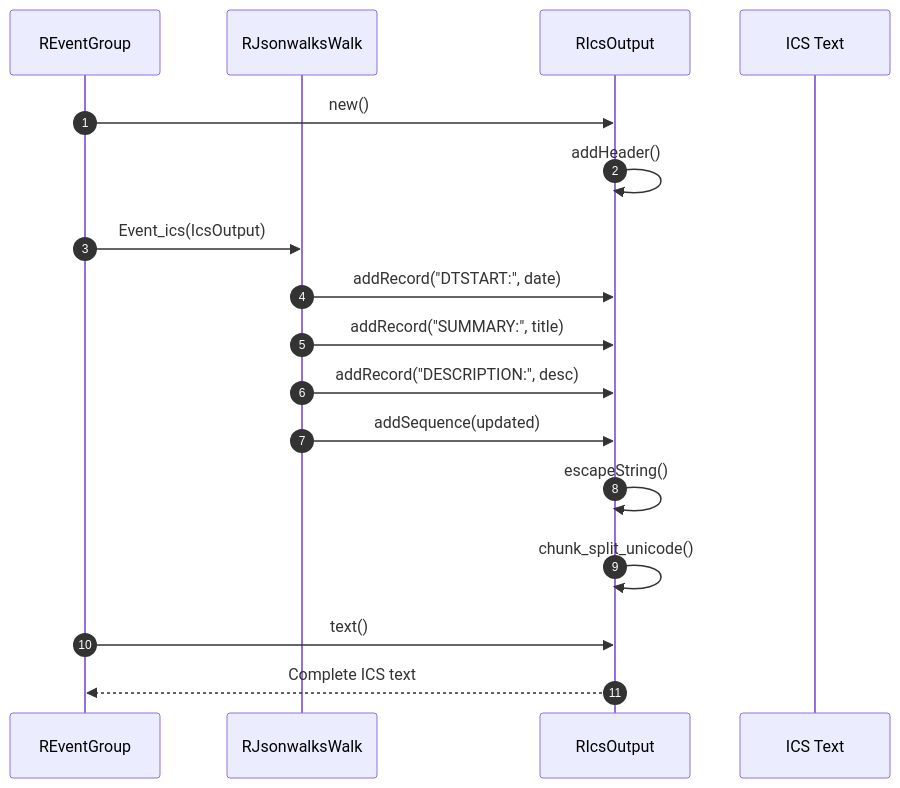
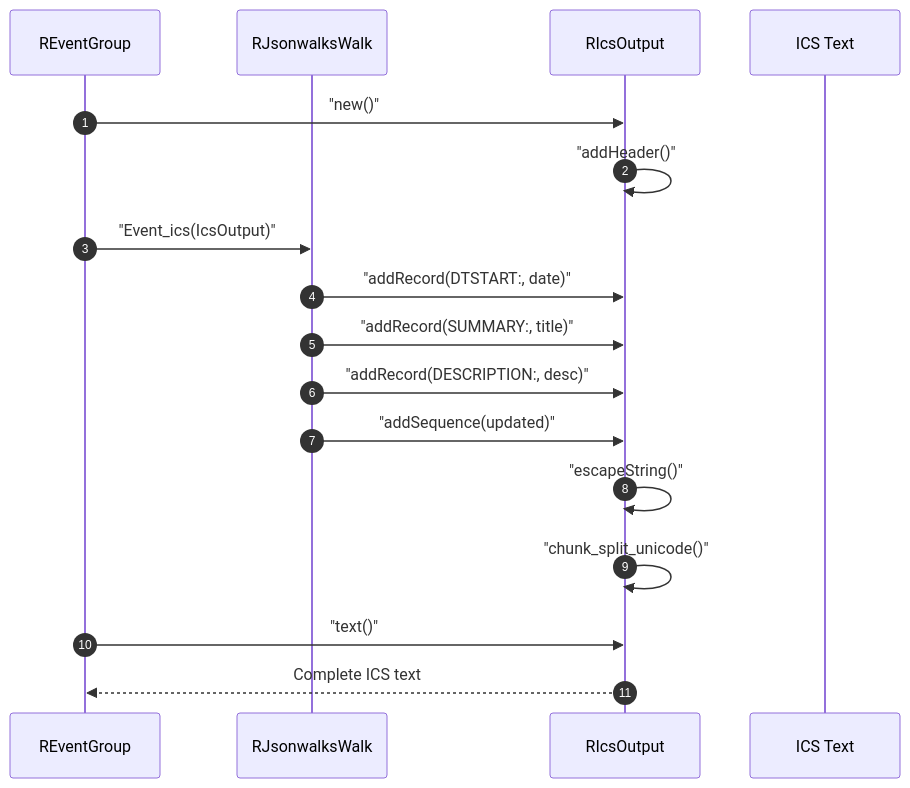
Before and after one commit to pauljrhodes/ramblers-library: the second of 2 diagrams in ics/HLD.md, drawn with Mermaid. The commit also changed other lines of this file and 33 other files, not shown here.

First line of the commit message:
Normalize Mermaid diagrams for GitHub rendering (#13)

````diff
--- a/ics/HLD.md
+++ b/ics/HLD.md
@@ -121,20 +121,20 @@
 ```mermaid
 sequenceDiagram
     autonumber
     participant EventGroup as REventGroup
     participant Walk as RJsonwalksWalk
     participant IcsOutput as RIcsOutput
     participant IcsText as ICS Text
 
-    EventGroup->>IcsOutput: new()
-    IcsOutput->>IcsOutput: addHeader()
-    EventGroup->>Walk: Event_ics(IcsOutput)
-    Walk->>IcsOutput: addRecord("DTSTART:", date)
-    Walk->>IcsOutput: addRecord("SUMMARY:", title)
-    Walk->>IcsOutput: addRecord("DESCRIPTION:", desc)
-    Walk->>IcsOutput: addSequence(updated)
-    IcsOutput->>IcsOutput: escapeString()
-    IcsOutput->>IcsOutput: chunk_split_unicode()
-    EventGroup->>IcsOutput: text()
+    EventGroup->>IcsOutput: "new()"
+    IcsOutput->>IcsOutput: "addHeader()"
+    EventGroup->>Walk: "Event_ics(IcsOutput)"
+    Walk->>IcsOutput: "addRecord(DTSTART:, date)"
+    Walk->>IcsOutput: "addRecord(SUMMARY:, title)"
+    Walk->>IcsOutput: "addRecord(DESCRIPTION:, desc)"
+    Walk->>IcsOutput: "addSequence(updated)"
+    IcsOutput->>IcsOutput: "escapeString()"
+    IcsOutput->>IcsOutput: "chunk_split_unicode()"
+    EventGroup->>IcsOutput: "text()"
     IcsOutput-->>EventGroup: Complete ICS text
 ```
````
